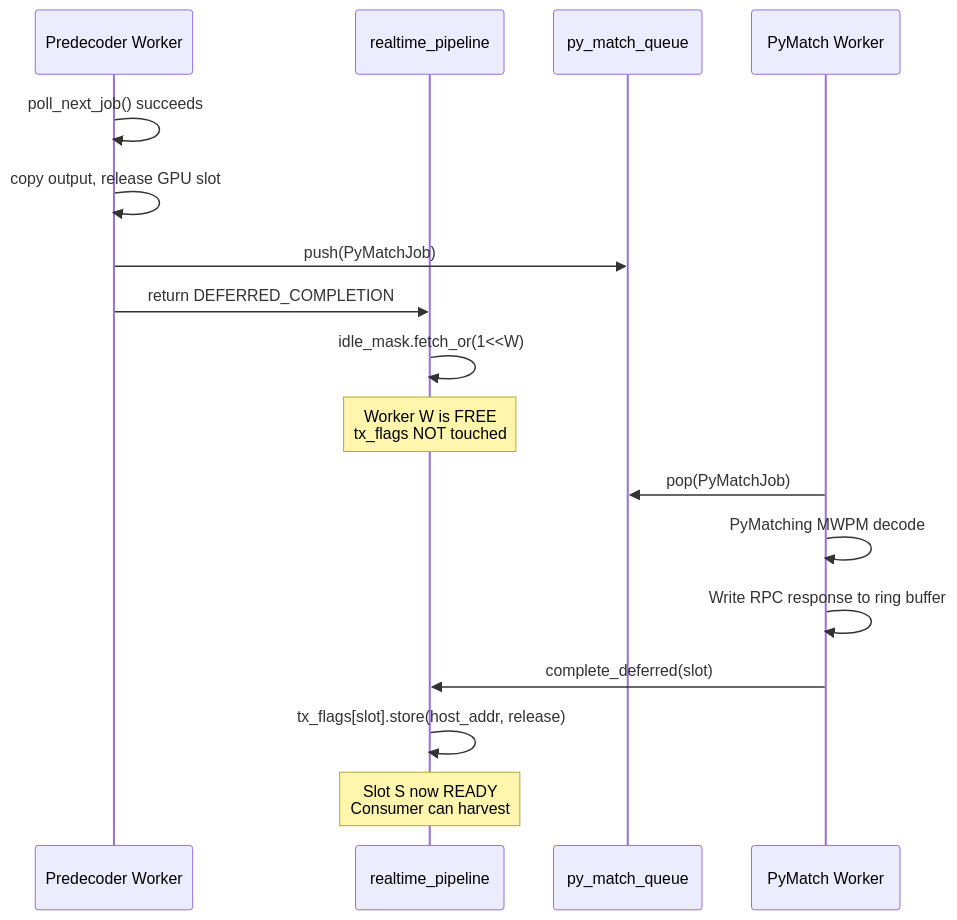
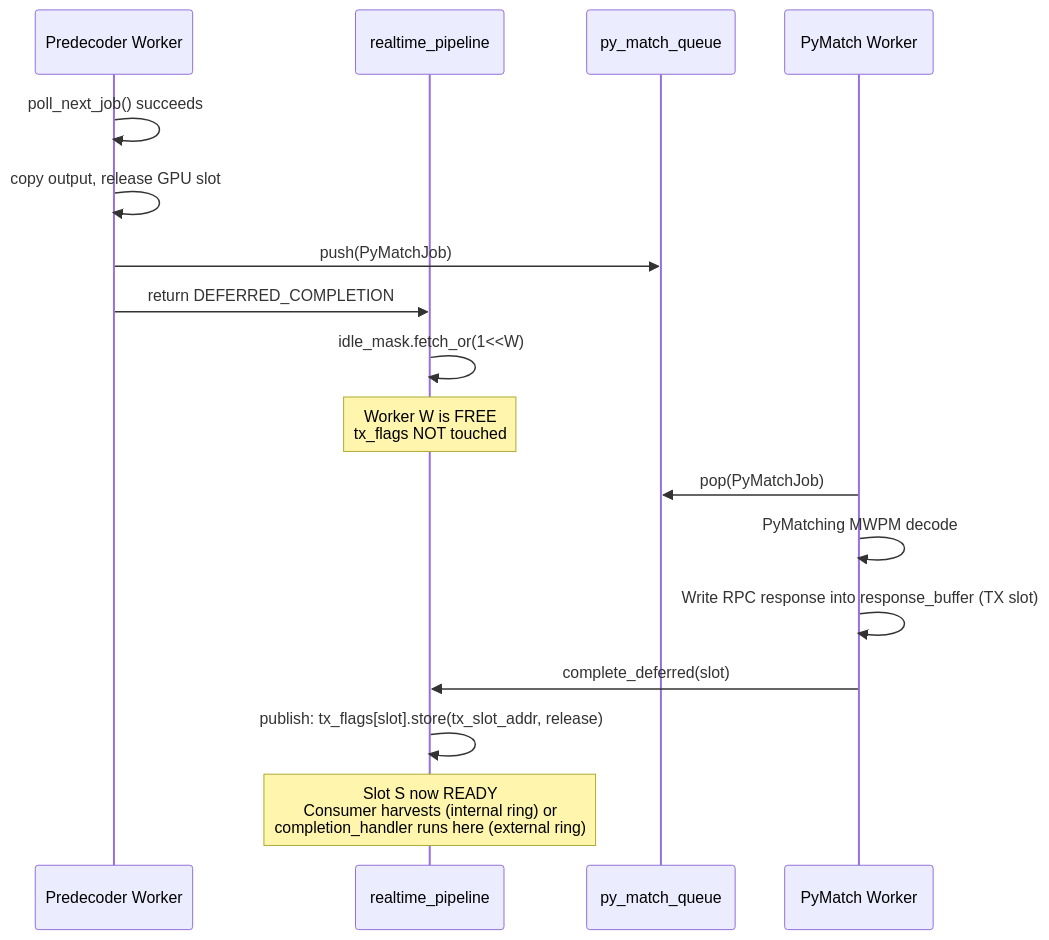
Before and after one commit to NVIDIA/cudaq-qec: the eighth of 8 diagrams in libs/qec/lib/realtime/realtime_pipeline_architecture.md, drawn with Mermaid. The commit also changed other lines of this file and 16 other files, not shown here.

First line of the commit message:
[QEC] Make realtime_pipeline own its host dispatch loop (#888)

````diff
--- a/libs/qec/lib/realtime/realtime_pipeline_architecture.md
+++ b/libs/qec/lib/realtime/realtime_pipeline_architecture.md
@@ -430,21 +453,21 @@
 ```mermaid
 sequenceDiagram
     participant PW as Predecoder Worker
     participant Pipeline as realtime_pipeline
     participant PMQ as py_match_queue
     participant PMW as PyMatch Worker
 
     PW->>PW: poll_next_job() succeeds
     PW->>PW: copy output, release GPU slot
     PW->>PMQ: push(PyMatchJob)
     PW->>Pipeline: return DEFERRED_COMPLETION
     Pipeline->>Pipeline: idle_mask.fetch_or(1<<W)
     Note over Pipeline: Worker W is FREE<br>tx_flags NOT touched
 
     PMW->>PMQ: pop(PyMatchJob)
     PMW->>PMW: PyMatching MWPM decode
-    PMW->>PMW: Write RPC response to ring buffer
+    PMW->>PMW: Write RPC response into response_buffer (TX slot)
     PMW->>Pipeline: complete_deferred(slot)
-    Pipeline->>Pipeline: tx_flags[slot].store(host_addr, release)
-    Note over Pipeline: Slot S now READY<br>Consumer can harvest
+    Pipeline->>Pipeline: publish: tx_flags[slot].store(tx_slot_addr, release)
+    Note over Pipeline: Slot S now READY<br>Consumer harvests (internal ring) or<br>completion_handler runs here (external ring)
 ```
````
